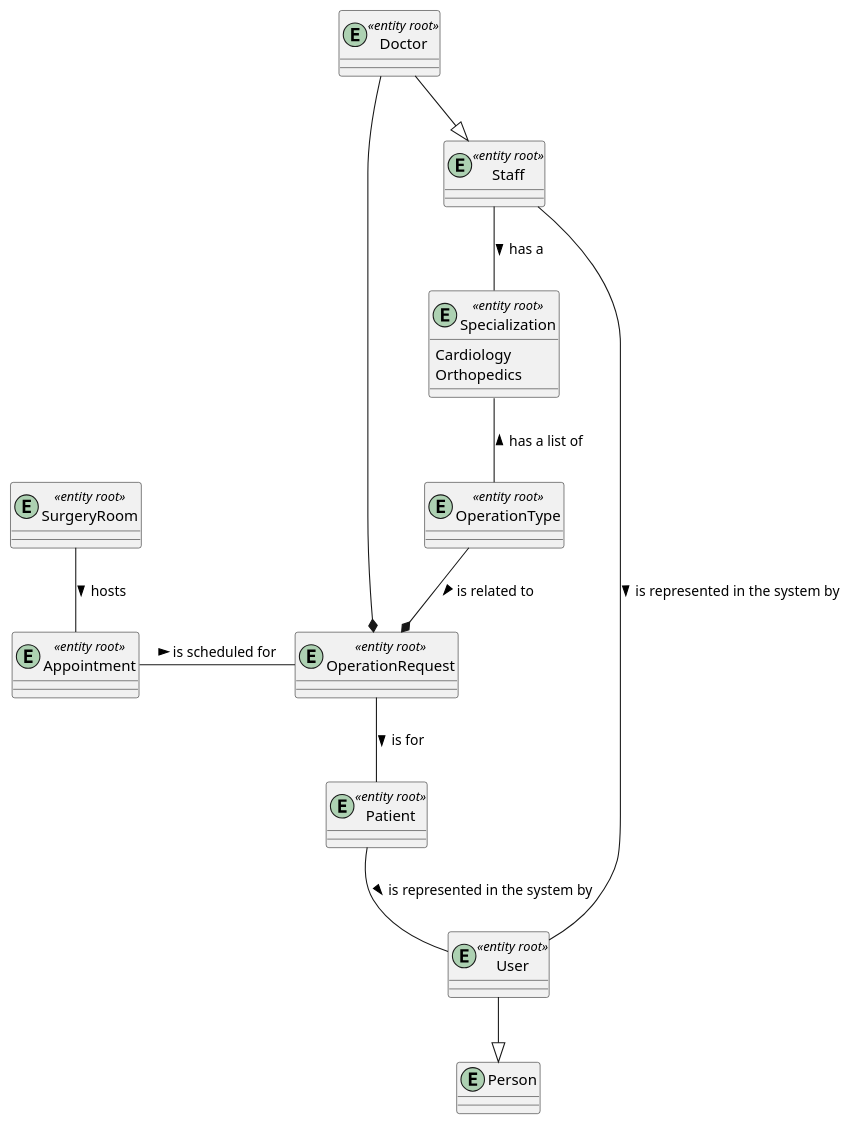
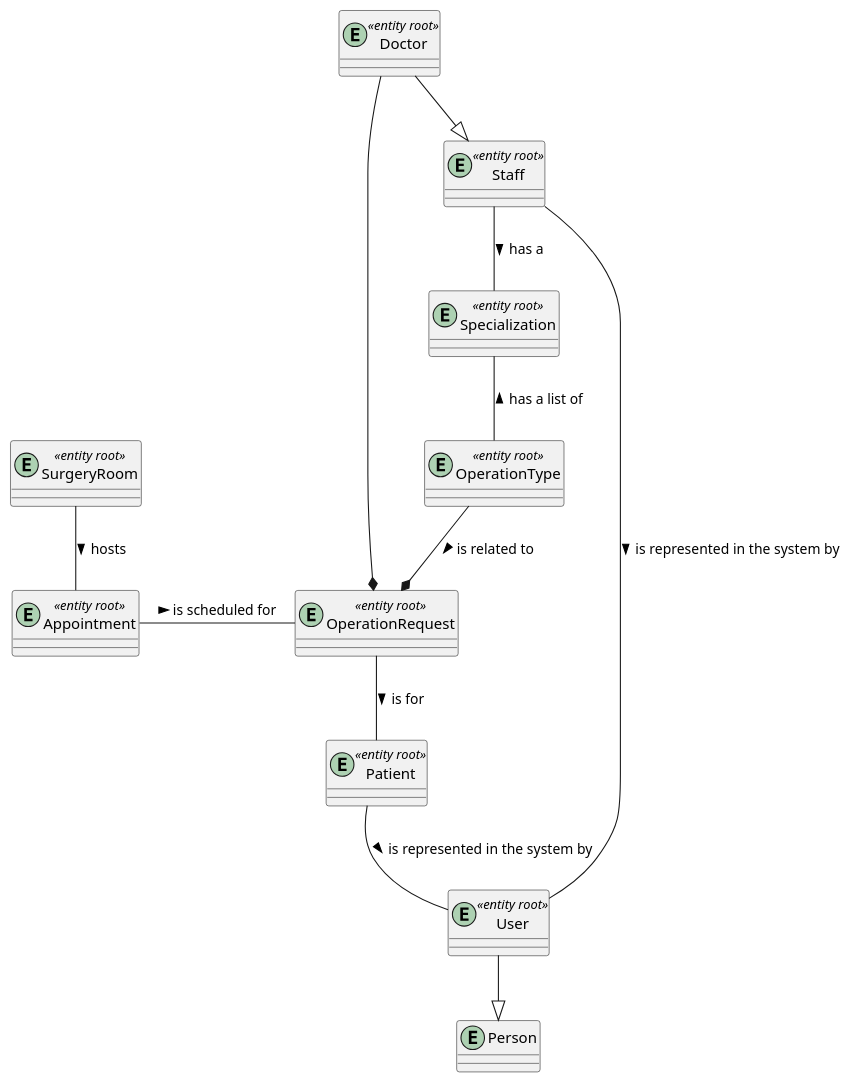
One commit to 1220874/sem5pi_2024_25_g039 changed the diagram in docs/Sprint_A/general/UML/domain_model.puml. Above: the diagram before and after it, drawn with PlantUML.

Commit message:
[Domain Model] removed extra information obout Specialization

```diff
--- a/docs/Sprint_A/general/UML/domain_model.puml
+++ b/docs/Sprint_A/general/UML/domain_model.puml
@@ -1,37 +1,34 @@
 @startuml
 
 entity "Person" as entity_person {}
 entity "User" as entity_user <<entity root>> {}
 entity "Patient" as entity_patient <<entity root>> {}
 entity "Staff" as entity_staff <<entity root>> {}
 entity "Doctor" as entity_doctor <<entity root>> {}
-entity "Specialization" as entity_staffSpecialization <<entity root>> {
-    Cardiology
-    Orthopedics
-}
+entity "Specialization" as entity_staffSpecialization <<entity root>> {}
 entity "OperationRequest" as entity_operationRequest <<entity root>> {}
 entity "OperationType" as entity_operationType <<entity root>> {}
 entity "Appointment" as entity_appointment <<entity root>> {}
 entity "SurgeryRoom" as entity_surgeryRoom <<entity root>> {}
 
 entity_patient -- entity_user: "is represented in the system by >"
 
 entity_staff -- entity_staffSpecialization: "has a >"
 entity_staff-- entity_user: "is represented in the system by >"
 
 entity_doctor --|> entity_staff
 entity_doctor --* entity_operationRequest
 
 entity_staffSpecialization -- entity_operationType: "< has a list of"
 
 entity_user --|> entity_person
 
 entity_operationRequest-- entity_patient: "is for >"
 
 entity_operationType --* entity_operationRequest: "is related to >"
 
 entity_appointment - entity_operationRequest: "is scheduled for >"
 
 entity_surgeryRoom-- entity_appointment: "hosts >"
 
 @enduml
```
